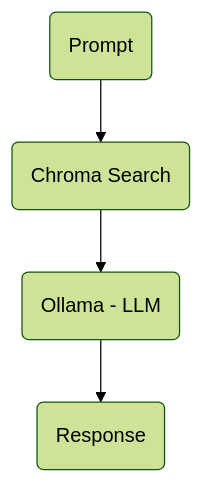
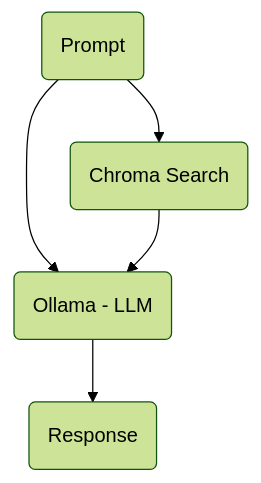
Before and after one commit to robot-stefan/langchain-rag: the second of 2 diagrams in README.md, drawn with Mermaid (forest theme).

Commit message:
Update README.md
Corrected prompt response flow chart

````diff
--- a/README.md
+++ b/README.md
@@ -39,6 +39,7 @@
 ```mermaid
 flowchart TD
     A(Prompt) --> B(Chroma Search)
+    A --> C
     B --> C(Ollama - LLM )
     C --> D(Response)
 ```
````
